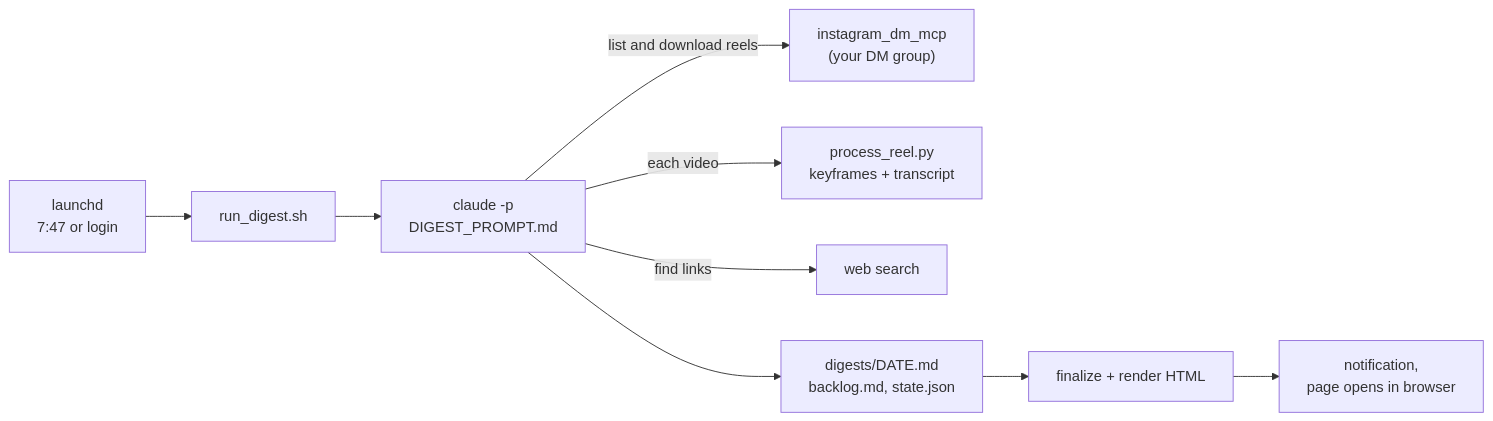
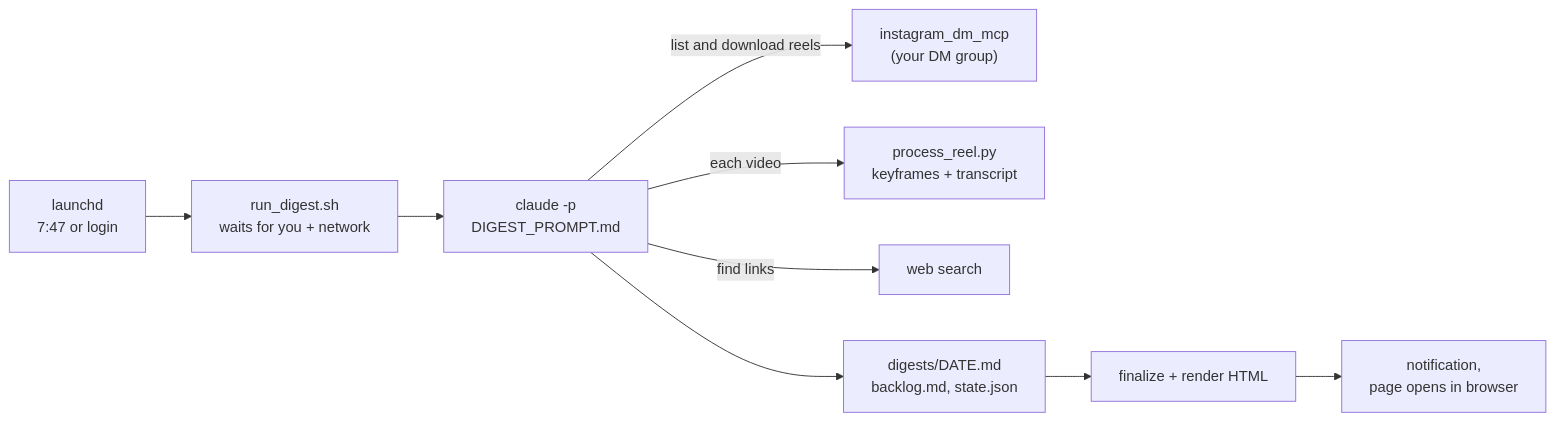
The diagram in README.md (hanshika0292/reel-digest), drawn with Mermaid before and after one commit. The commit also changed other lines of this file and 16 other files, not shown here.

````diff
--- a/README.md
+++ b/README.md
@@ -42,11 +60,11 @@
 ```mermaid
 flowchart LR
-    A["launchd<br/>7:47 or login"] --> B["run_digest.sh"]
+    A["launchd<br/>7:47 or login"] --> B["run_digest.sh<br/>waits for you + network"]
     B --> C["claude -p<br/>DIGEST_PROMPT.md"]
     C -->|"list and download reels"| D["instagram_dm_mcp<br/>(your DM group)"]
     C -->|"each video"| E["process_reel.py<br/>keyframes + transcript"]
     C -->|"find links"| F["web search"]
     C --> G["digests/DATE.md<br/>backlog.md, state.json"]
     G --> H["finalize + render HTML"]
     H --> I["notification,<br/>page opens in browser"]
 ```
````
